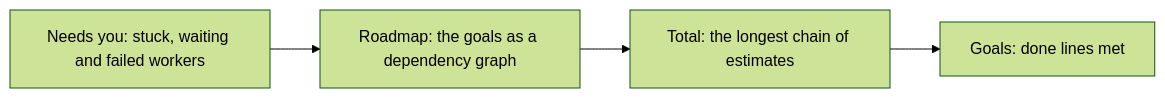
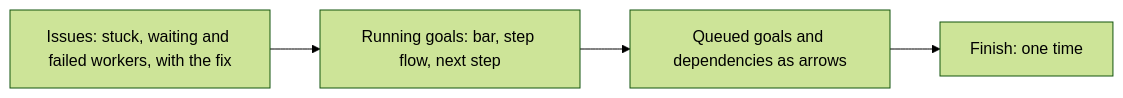
One commit to jcl2018/agent-workflow-template changed diagram 17 of 17 in skills/workflow-monitoring/references/commands.md. Above: the diagram before and after it, drawn with Mermaid (forest theme). The commit also changed other lines of this file and 31 other files, not shown here.

````diff
--- a/skills/workflow-monitoring/references/commands.md
+++ b/skills/workflow-monitoring/references/commands.md
@@ -390,10 +382,10 @@
 ```mermaid
 flowchart LR
-  a["Needs you: stuck, waiting and failed workers"]
-  b["Roadmap: the goals as a dependency graph"]
-  c["Total: the longest chain of estimates"]
-  d["Goals: done lines met"]
+  a["Issues: stuck, waiting and failed workers, with the fix"]
+  b["Running goals: bar, step flow, next step"]
+  c["Queued goals and dependencies as arrows"]
+  d["Finish: one time"]
   a --> b
   b --> c
   c --> d
 ```
````
